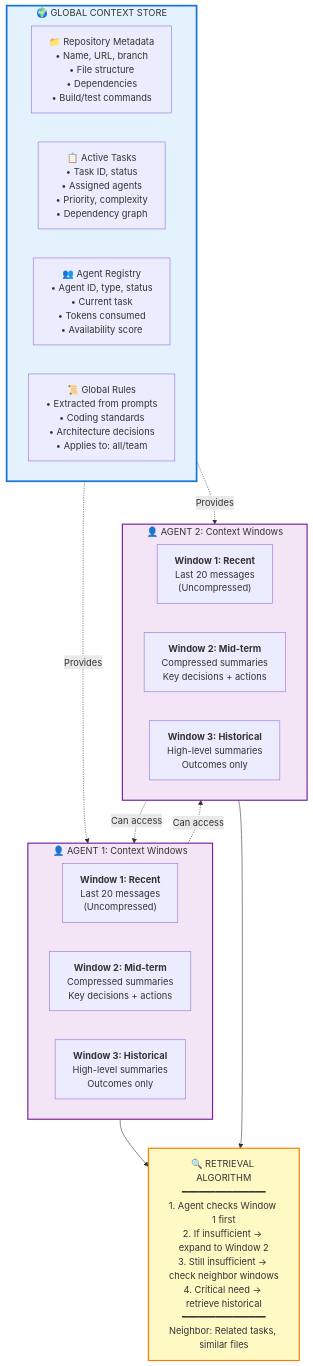
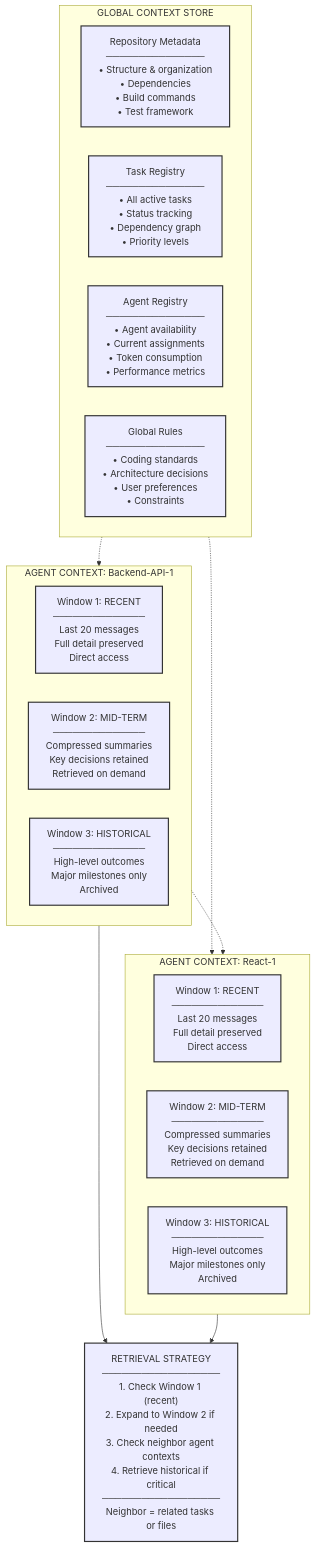
Before and after one commit to MRiARC/ai-coding-harness: the fifth of 10 diagrams in README.md, drawn with Mermaid. The commit also changed other lines of this file, not shown here.

Commit message:
Refactor: Professional B&W diagrams with improved clarity and structure

````diff
--- a/README.md
+++ b/README.md
@@ -210,43 +221,31 @@
 ```mermaid
 graph TB
-    subgraph Global["🌍 GLOBAL CONTEXT STORE"]
-        RepoMeta["📁 Repository Metadata<br/>• Name, URL, branch<br/>• File structure<br/>• Dependencies<br/>• Build/test commands"]
-        
-        Tasks["📋 Active Tasks<br/>• Task ID, status<br/>• Assigned agents<br/>• Priority, complexity<br/>• Dependency graph"]
-        
-        Agents["👥 Agent Registry<br/>• Agent ID, type, status<br/>• Current task<br/>• Tokens consumed<br/>• Availability score"]
-        
-        Rules["📜 Global Rules<br/>• Extracted from prompts<br/>• Coding standards<br/>• Architecture decisions<br/>• Applies to: all/team"]
+    subgraph Global["GLOBAL CONTEXT STORE"]
+        Repo["Repository Metadata<br/>───────────────<br/>• Structure & organization<br/>• Dependencies<br/>• Build commands<br/>• Test framework"]
+        Tasks["Task Registry<br/>───────────────<br/>• All active tasks<br/>• Status tracking<br/>• Dependency graph<br/>• Priority levels"]
+        Agents["Agent Registry<br/>───────────────<br/>• Agent availability<br/>• Current assignments<br/>• Token consumption<br/>• Performance metrics"]
+        Rules["Global Rules<br/>───────────────<br/>• Coding standards<br/>• Architecture decisions<br/>• User preferences<br/>• Constraints"]
     end
     
-    subgraph Agent1["👤 AGENT 1: Context Windows"]
-        W1_1["<b>Window 1: Recent</b><br/>Last 20 messages<br/>(Uncompressed)"]
-        
-        W2_1["<b>Window 2: Mid-term</b><br/>Compressed summaries<br/>Key decisions + actions"]
-        
-        W3_1["<b>Window 3: Historical</b><br/>High-level summaries<br/>Outcomes only"]
+    subgraph Agent1["AGENT CONTEXT: Backend-API-1"]
+        W1["Window 1: RECENT<br/>──────────────<br/>Last 20 messages<br/>Full detail preserved<br/>Direct access"]
+        W2["Window 2: MID-TERM<br/>──────────────<br/>Compressed summaries<br/>Key decisions retained<br/>Retrieved on demand"]
+        W3["Window 3: HISTORICAL<br/>──────────────<br/>High-level outcomes<br/>Major milestones only<br/>Archived"]
     end
     
-    subgraph Agent2["👤 AGENT 2: Context Windows"]
-        W1_2["<b>Window 1: Recent</b><br/>Last 20 messages<br/>(Uncompressed)"]
-        
-        W2_2["<b>Window 2: Mid-term</b><br/>Compressed summaries<br/>Key decisions + actions"]
-        
-        W3_2["<b>Window 3: Historical</b><br/>High-level summaries<br/>Outcomes only"]
+    subgraph Agent2["AGENT CONTEXT: React-1"]
+        W1_2["Window 1: RECENT<br/>──────────────<br/>Last 20 messages<br/>Full detail preserved<br/>Direct access"]
+        W2_2["Window 2: MID-TERM<br/>──────────────<br/>Compressed summaries<br/>Key decisions retained<br/>Retrieved on demand"]
+        W3_2["Window 3: HISTORICAL<br/>──────────────<br/>High-level outcomes<br/>Major milestones only<br/>Archived"]
     end
     
-    Algo["🔍 RETRIEVAL ALGORITHM<br/>━━━━━━━━━━━━━━━<br/>1. Agent checks Window 1 first<br/>2. If insufficient → expand to Window 2<br/>3. Still insufficient → check neighbor windows<br/>4. Critical need → retrieve historical<br/>━━━━━━━━━━━━━━━<br/>Neighbor: Related tasks, similar files"]
+    Retrieval["RETRIEVAL STRATEGY<br/>──────────────────<br/>1. Check Window 1 (recent)<br/>2. Expand to Window 2 if needed<br/>3. Check neighbor agent contexts<br/>4. Retrieve historical if critical<br/>──────────────────<br/>Neighbor = related tasks or files"]
     
-    Global -.->|Provides| Agent1
-    Global -.->|Provides| Agent2
-    Agent1 -.->|Can access| Agent2
-    Agent2 -.->|Can access| Agent1
+    Global -.-> Agent1
+    Global -.-> Agent2
+    Agent1 -.-> Agent2
+    Agent1 --> Retrieval
+    Agent2 --> Retrieval
     
-    Agent1 --> Algo
-    Agent2 --> Algo
-    
-    style Global fill:#E3F2FD,stroke:#1976D2,stroke-width:3px
-    style Agent1 fill:#F3E5F5,stroke:#7B1FA2,stroke-width:2px
-    style Agent2 fill:#F3E5F5,stroke:#7B1FA2,stroke-width:2px
-    style Algo fill:#FFF9C4,stroke:#F57C00,stroke-width:2px
+    classDef default stroke:#333,stroke-width:2px
 ```
````
